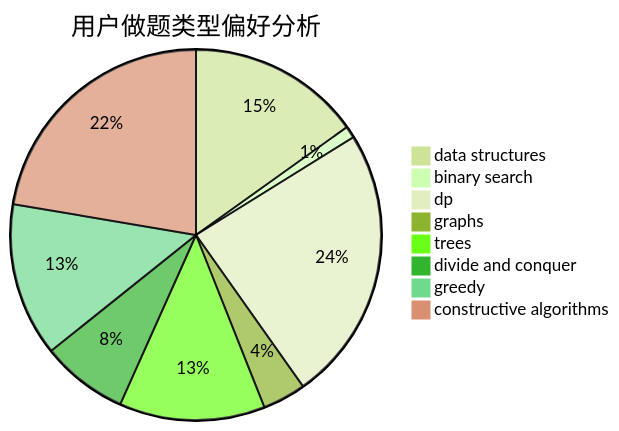
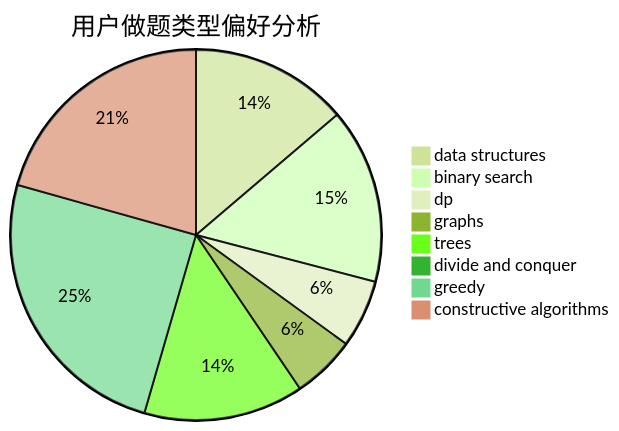
The second of 3 diagrams in docs/user/u1857.md (sherpahu/cfrs.github.io), drawn with Mermaid (forest theme) before and after one commit. The commit also changed other lines of this file and 2770 other files, not shown here.

````diff
--- a/docs/user/u1857.md
+++ b/docs/user/u1857.md
@@ -23,11 +23,11 @@
 ```mermaid
 pie title 用户做题类型偏好分析
-    "data structures" :  44
-    "binary search" :  3
-    "dp" :  70
-    "graphs" :  11
-    "trees" :  37
-    "divide and conquer" :  22
-    "greedy" :  39
-    "constructive algorithms" :  65
+    "data structures" :  72
+    "binary search" :  80
+    "dp" :  31
+    "graphs" :  29
+    "trees" :  73
+    "divide and conquer" :  1
+    "greedy" :  130
+    "constructive algorithms" :  108
 ```
````
